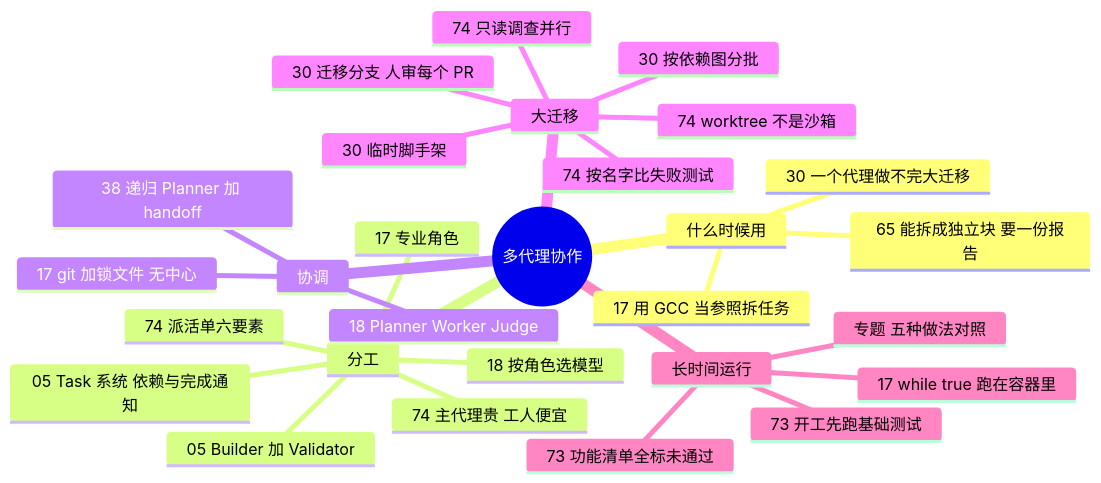
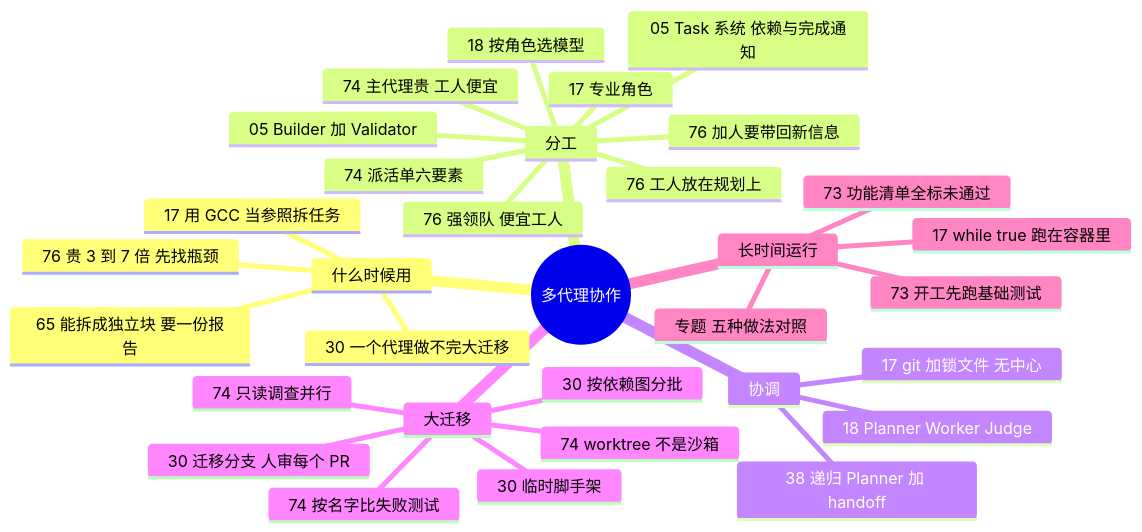
One commit to yzw7489757/ai-coding-videos changed the diagram in docs/guide/multi.md. Above: the diagram before and after it, drawn with Mermaid. The commit also changed other lines of this file and 18 other files, not shown here.

````diff
--- a/docs/guide/multi.md
+++ b/docs/guide/multi.md
@@ -15,31 +15,35 @@
 ```mermaid
 mindmap
   root((多代理协作))
     什么时候用
       65 能拆成独立块 要一份报告
       17 用 GCC 当参照拆任务
       30 一个代理做不完大迁移
+      76 贵 3 到 7 倍 先找瓶颈
     分工
       05 Builder 加 Validator
       05 Task 系统 依赖与完成通知
       17 专业角色
       18 按角色选模型
       74 主代理贵 工人便宜
       74 派活单六要素
+      76 工人放在规划上
+      76 强领队 便宜工人
+      76 加人要带回新信息
     协调
       17 git 加锁文件 无中心
       18 Planner Worker Judge
       38 递归 Planner 加 handoff
     大迁移
       30 迁移分支 人审每个 PR
       30 按依赖图分批
       30 临时脚手架
       74 按名字比失败测试
       74 只读调查并行
       74 worktree 不是沙箱
     长时间运行
       17 while true 跑在容器里
       73 功能清单全标未通过
       73 开工先跑基础测试
       专题 五种做法对照
 ```
````
